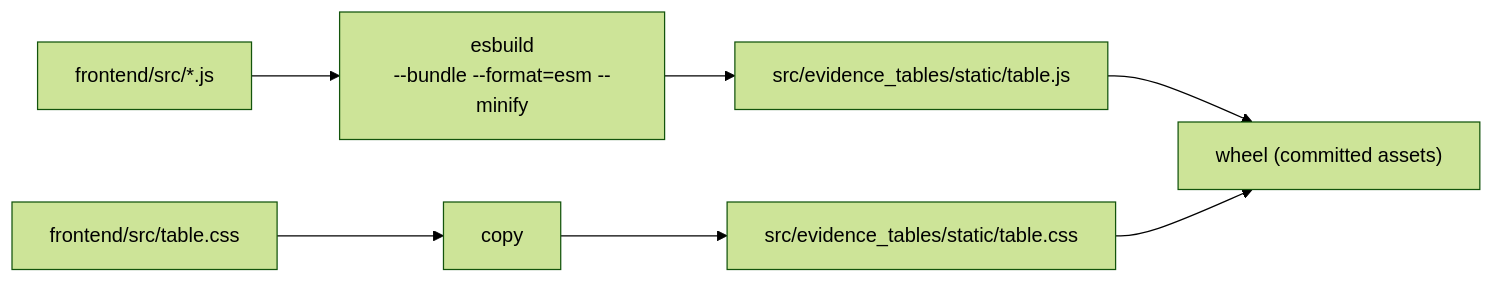
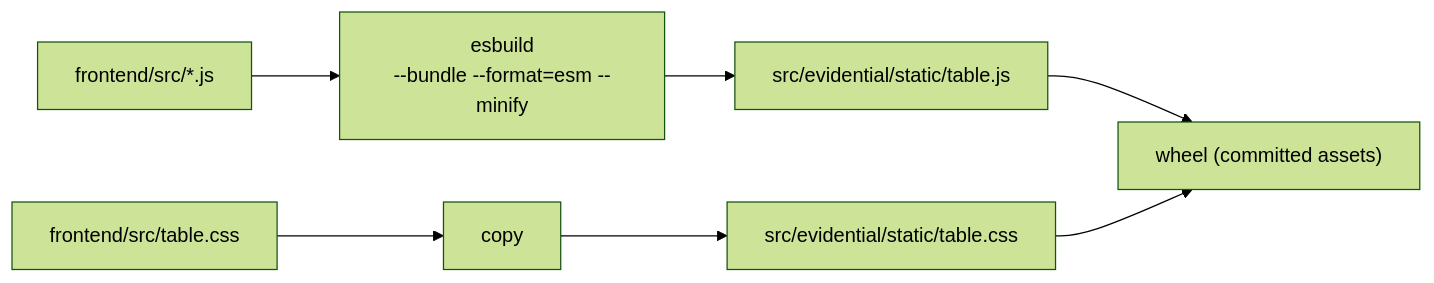
The tenth of 11 diagrams in docs/technical-architecture.md (edouardp/evidential), drawn with Mermaid (forest theme) before and after one commit. The commit also changed other lines of this file and 87 other files, not shown here.

````diff
--- a/docs/technical-architecture.md
+++ b/docs/technical-architecture.md
@@ -595,9 +595,9 @@
 ```mermaid
 flowchart LR
   SRC["frontend/src/*.js"] --> ES["esbuild<br/>--bundle --format=esm --minify"]
   CSS["frontend/src/table.css"] --> CP["copy"]
-  ES --> B1["src/evidence_tables/static/table.js"]
-  CP --> B2["src/evidence_tables/static/table.css"]
+  ES --> B1["src/evidential/static/table.js"]
+  CP --> B2["src/evidential/static/table.css"]
   B1 --> WHL["wheel (committed assets)"]
   B2 --> WHL
 ```
````
